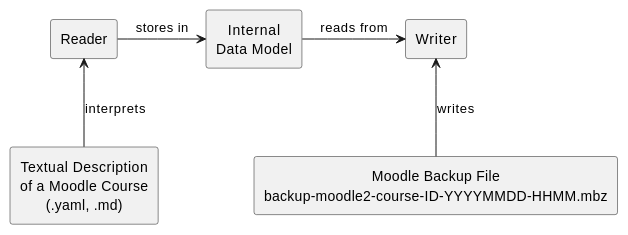
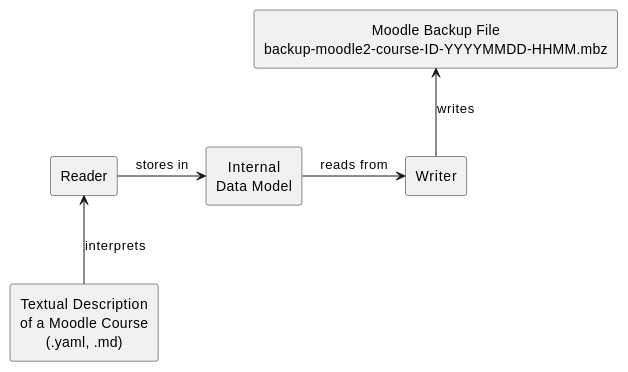
One commit to if24b267/course-as-code changed the diagram in Documentation/MkDocs/docs/index.md. Above: the diagram before and after it, drawn with PlantUML. The commit also changed 1 other file, not shown here.

Commit message:
Fix incorrect arrow position; add hyperlink to Data Model documentation

````diff
--- a/Documentation/MkDocs/docs/index.md
+++ b/Documentation/MkDocs/docs/index.md
@@ -12,24 +12,24 @@
 ```puml
 @startuml
 
 <style>
     rectangle {
     HorizontalAlignment center
     }
 </style>
 
 ' Define components (rectangles)
 rectangle "Textual Description\nof a Moodle Course\n(.yaml, .md)" as Description
 rectangle Reader
 rectangle "Internal\nData Model" as Model
 rectangle Writer
 rectangle "Moodle Backup File\nbackup-moodle2-course-ID-YYYYMMDD-HHMM.mbz" as Backup
 
 ' Define relationships (arrows with labels)
 Description -up-> Reader : interprets
 Reader -right-> Model : stores in
 Model -right-> Writer : reads from
-Backup -up-> Writer: writes
+Writer -up-> Backup: writes
 
 @enduml
 ```
````
